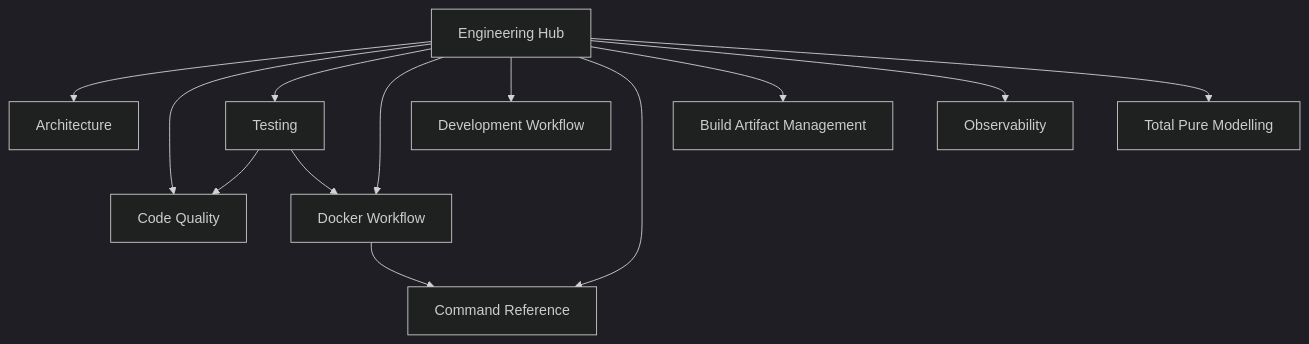
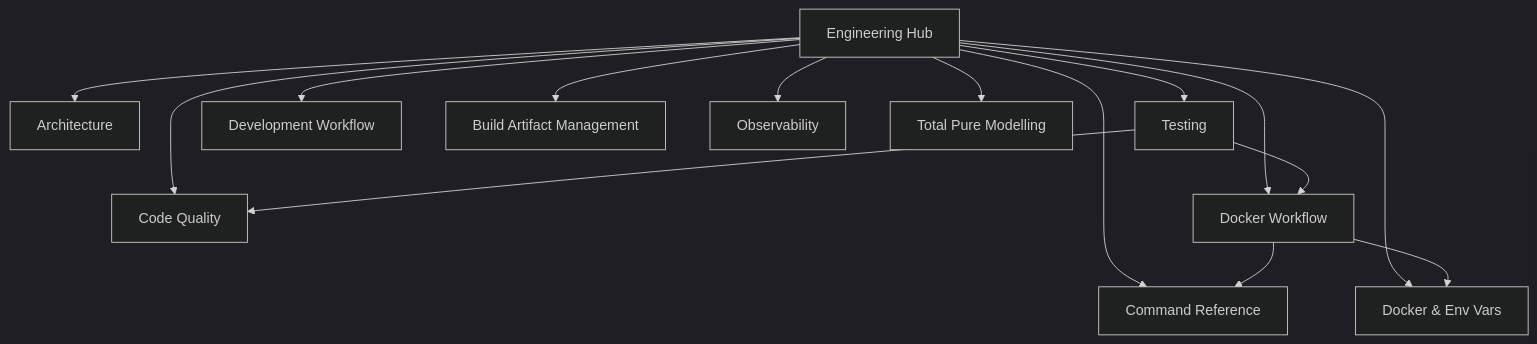
Before and after one commit to Tuee22/SpectralMC: the diagram in documents/engineering/README.md, drawn with Mermaid (dark theme). The commit also changed other lines of this file and 8 other files, not shown here.

````diff
--- a/documents/engineering/README.md
+++ b/documents/engineering/README.md
@@ -13,26 +13,29 @@
 ```mermaid
 flowchart TB
   Hub[Engineering Hub]
   Arch[Architecture]
   CQ[Code Quality]
   Test[Testing]
+  DockerEnv[Docker & Env Vars]
   Docker[Docker Workflow]
   Dev[Development Workflow]
   Cmds[Command Reference]
   Artifacts[Build Artifact Management]
   Observability[Observability]
   TPM[Total Pure Modelling]
 
   Hub --> Arch
   Hub --> CQ
   Hub --> Test
+  Hub --> DockerEnv
   Hub --> Docker
   Hub --> Dev
   Hub --> Cmds
   Hub --> Artifacts
   Hub --> Observability
   Hub --> TPM
   Docker --> Cmds
+  Docker --> DockerEnv
   Test --> CQ
   Test --> Docker
 ```
````
